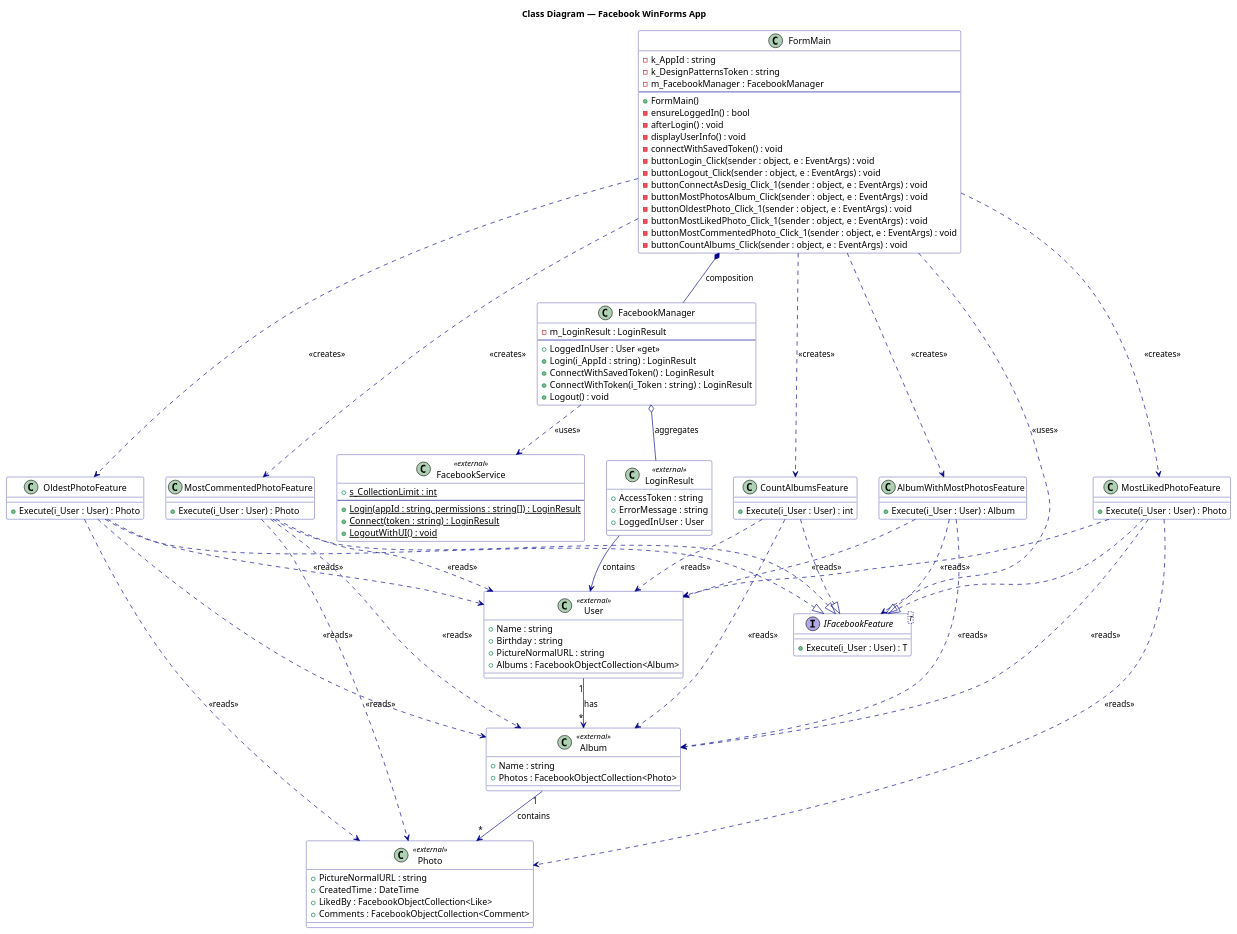
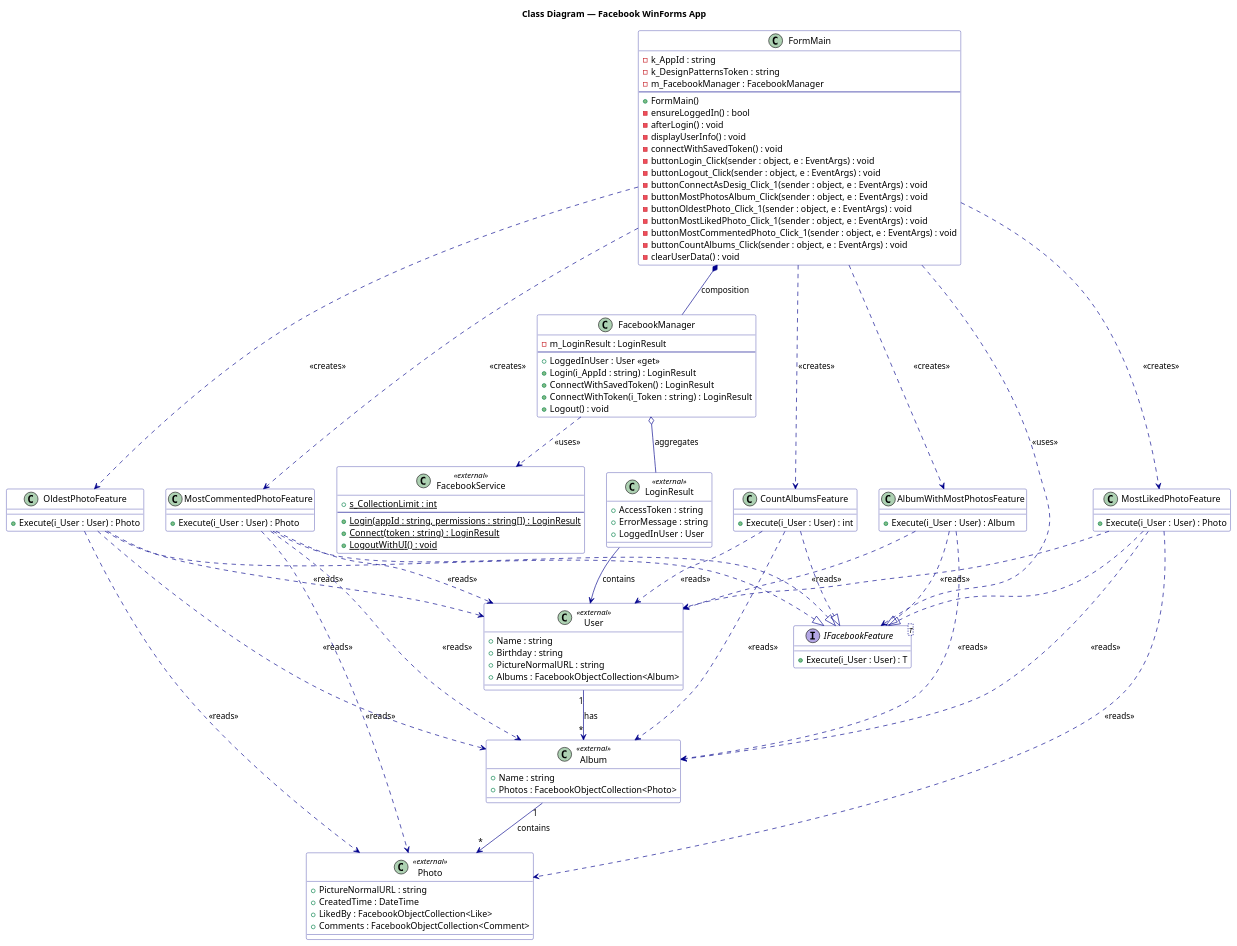
One commit to LotemKimchi/Application-Programming-Using-Design-Patterns changed the diagram in Project1/B26 Ex01 LotemKimchi 318173481 ShaniSalomon 208573683/uml/class_diagram.puml. Above: the diagram before and after it, drawn with PlantUML. The commit also changed 4 other files, not shown here.

Commit message:
Extract clearUserData() from logout to reuse on user switch and CountAlbumsFeature returns -1 on exception to signal permission error

```diff
--- a/Project1/B26 Ex01 LotemKimchi 318173481 ShaniSalomon 208573683/uml/class_diagram.puml
+++ b/Project1/B26 Ex01 LotemKimchi 318173481 ShaniSalomon 208573683/uml/class_diagram.puml
@@ -1,150 +1,151 @@
 @startuml ClassDiagram
 title Class Diagram — Facebook WinForms App
 
 skinparam classBackgroundColor White
 skinparam classBorderColor DarkBlue
 skinparam classArrowColor DarkBlue
 skinparam stereotypeCBackgroundColor LightYellow
 skinparam stereotypeIBackgroundColor LightBlue
 
 interface IFacebookFeature<T> {
     + Execute(i_User : User) : T
 }
 
 class FormMain {
     - k_AppId : string
     - k_DesignPatternsToken : string
     - m_FacebookManager : FacebookManager
     --
     + FormMain()
     - ensureLoggedIn() : bool
     - afterLogin() : void
     - displayUserInfo() : void
     - connectWithSavedToken() : void
     - buttonLogin_Click(sender : object, e : EventArgs) : void
     - buttonLogout_Click(sender : object, e : EventArgs) : void
     - buttonConnectAsDesig_Click_1(sender : object, e : EventArgs) : void
     - buttonMostPhotosAlbum_Click(sender : object, e : EventArgs) : void
     - buttonOldestPhoto_Click_1(sender : object, e : EventArgs) : void
     - buttonMostLikedPhoto_Click_1(sender : object, e : EventArgs) : void
     - buttonMostCommentedPhoto_Click_1(sender : object, e : EventArgs) : void
     - buttonCountAlbums_Click(sender : object, e : EventArgs) : void
+    - clearUserData() : void
 }
 
 class FacebookManager {
     - m_LoginResult : LoginResult
     --
     + LoggedInUser : User <<get>>
     + Login(i_AppId : string) : LoginResult
     + ConnectWithSavedToken() : LoginResult
     + ConnectWithToken(i_Token : string) : LoginResult
     + Logout() : void
 }
 
 class AlbumWithMostPhotosFeature {
     + Execute(i_User : User) : Album
 }
 
 class OldestPhotoFeature {
     + Execute(i_User : User) : Photo
 }
 
 class MostLikedPhotoFeature {
     + Execute(i_User : User) : Photo
 }
 
 class MostCommentedPhotoFeature {
     + Execute(i_User : User) : Photo
 }
 
 class CountAlbumsFeature {
     + Execute(i_User : User) : int
 }
 
 class FacebookService <<external>> {
     + {static} s_CollectionLimit : int
     --
     + {static} Login(appId : string, permissions : string[]) : LoginResult
     + {static} Connect(token : string) : LoginResult
     + {static} LogoutWithUI() : void
 }
 
 class LoginResult <<external>> {
     + AccessToken : string
     + ErrorMessage : string
     + LoggedInUser : User
 }
 
 class User <<external>> {
     + Name : string
     + Birthday : string
     + PictureNormalURL : string
     + Albums : FacebookObjectCollection<Album>
 }
 
 class Album <<external>> {
     + Name : string
     + Photos : FacebookObjectCollection<Photo>
 }
 
 class Photo <<external>> {
     + PictureNormalURL : string
     + CreatedTime : DateTime
     + LikedBy : FacebookObjectCollection<Like>
     + Comments : FacebookObjectCollection<Comment>
 }
 
 ' ── Relationships ─────────────────────────────────────────────
 
 ' FormMain owns FacebookManager (composition)
 FormMain *-- FacebookManager : composition
 
 ' FormMain creates feature objects transiently (dependency)
 FormMain ..> AlbumWithMostPhotosFeature : <<creates>>
 FormMain ..> OldestPhotoFeature         : <<creates>>
 FormMain ..> MostLikedPhotoFeature      : <<creates>>
 FormMain ..> MostCommentedPhotoFeature  : <<creates>>
 FormMain ..> CountAlbumsFeature         : <<creates>>
 
 ' FormMain programs to the interface (dependency)
 FormMain ..> IFacebookFeature : <<uses>>
 
 ' Feature classes realize the interface (realization)
 AlbumWithMostPhotosFeature  ..|> IFacebookFeature
 OldestPhotoFeature          ..|> IFacebookFeature
 MostLikedPhotoFeature       ..|> IFacebookFeature
 MostCommentedPhotoFeature   ..|> IFacebookFeature
 CountAlbumsFeature          ..|> IFacebookFeature
 
 ' FacebookManager uses FacebookService static methods (dependency)
 FacebookManager ..> FacebookService : <<uses>>
 
 ' FacebookManager holds a LoginResult (aggregation — not its creator)
 FacebookManager o-- LoginResult : aggregates
 
 ' LoginResult references User
 LoginResult --> User : contains
 
 ' Domain model associations
 User    "1" --> "*" Album : has
 Album   "1" --> "*" Photo : contains
 
 ' Features read domain objects (dependency)
 AlbumWithMostPhotosFeature ..> User  : <<reads>>
 AlbumWithMostPhotosFeature ..> Album : <<reads>>
 
 OldestPhotoFeature ..> User  : <<reads>>
 OldestPhotoFeature ..> Album : <<reads>>
 OldestPhotoFeature ..> Photo : <<reads>>
 
 MostLikedPhotoFeature ..> User  : <<reads>>
 MostLikedPhotoFeature ..> Album : <<reads>>
 MostLikedPhotoFeature ..> Photo : <<reads>>
 
 MostCommentedPhotoFeature ..> User  : <<reads>>
 MostCommentedPhotoFeature ..> Album : <<reads>>
 MostCommentedPhotoFeature ..> Photo : <<reads>>
 
 CountAlbumsFeature ..> User  : <<reads>>
 CountAlbumsFeature ..> Album : <<reads>>
 @enduml
```
